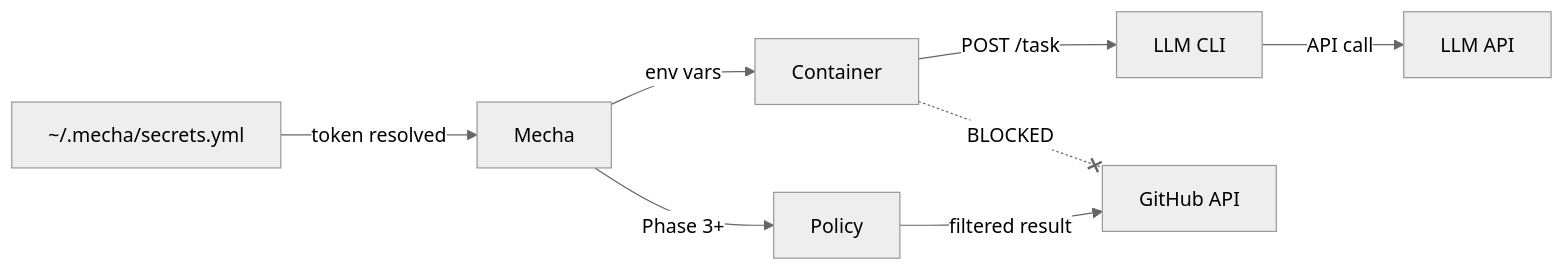
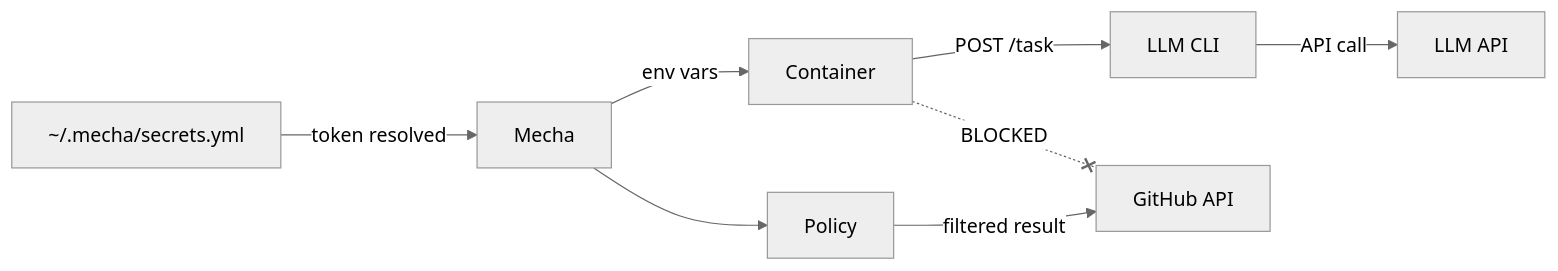
The fifth of 5 diagrams in website/guide/architecture.md (xiaolai/mecha.im), drawn with Mermaid (neutral theme) before and after one commit. The commit also changed other lines of this file and 11 other files, not shown here.

````diff
--- a/website/guide/architecture.md
+++ b/website/guide/architecture.md
@@ -146,11 +138,11 @@
 ```mermaid
 flowchart LR
     Secrets[~/.mecha/secrets.yml] -->|token resolved| Mecha
     Mecha -->|env vars| Container
     Container -->|POST /task| CLI[LLM CLI]
     CLI -->|API call| LLM[LLM API]
 
     Container -.-x|BLOCKED| GitHub[GitHub API]
-    Mecha -->|Phase 3+| Policy
+    Mecha --> Policy
     Policy -->|filtered result| GitHub
 ```
````
